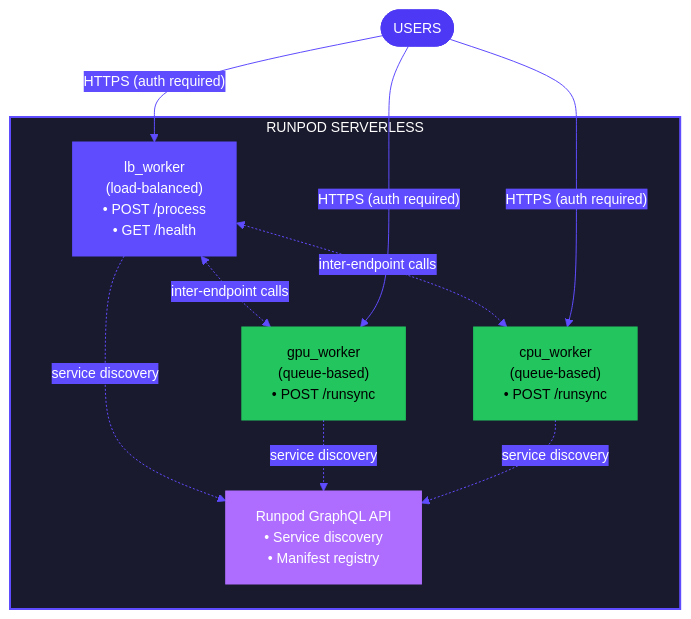
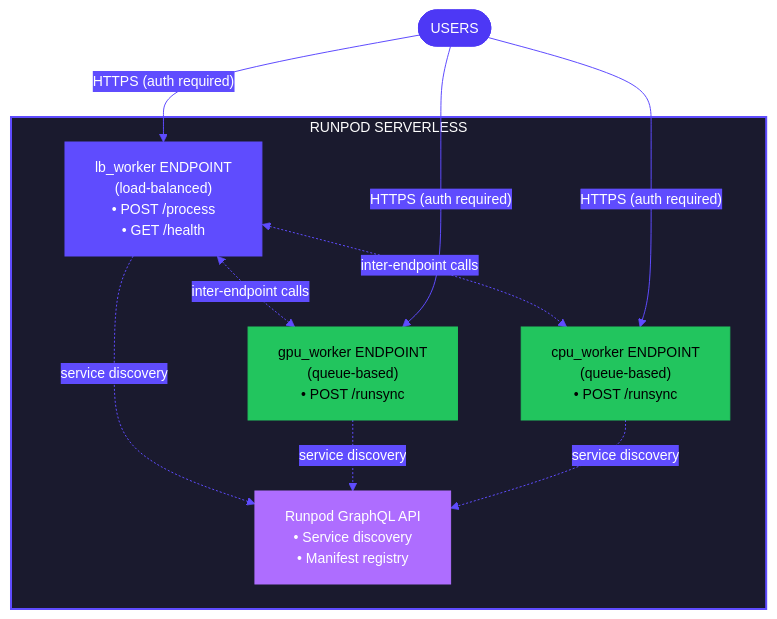
Before and after one commit to runpod/docs: the third of 3 diagrams in flash/apps/overview.mdx, drawn with Mermaid. The commit also changed other lines of this file and 40 other files, not shown here.

````diff
--- a/flash/apps/overview.mdx
+++ b/flash/apps/overview.mdx
@@ -157,31 +156,31 @@
 ```mermaid
 %%{init: {'theme':'base', 'themeVariables': { 'primaryColor':'#9289FE','primaryTextColor':'#fff','primaryBorderColor':'#9289FE','lineColor':'#5F4CFE','secondaryColor':'#AE6DFF','tertiaryColor':'#FCB1FF','edgeLabelBackground':'#5F4CFE', 'fontSize':'14px','fontFamily':'font-inter'}}}%%
 
 flowchart TB
     Users(["USERS"])
     StateManager["Runpod GraphQL API<br/>• Service discovery<br/>• Manifest registry"]
 
     subgraph Runpod ["RUNPOD SERVERLESS"]
-        LB["lb_worker<br/>(load-balanced)<br/>• POST /process<br/>• GET /health"]
-        GPU["gpu_worker<br/>(queue-based)<br/>• POST /runsync"]
-        CPU["cpu_worker<br/>(queue-based)<br/>• POST /runsync"]
+        LB["lb_worker ENDPOINT<br/>(load-balanced)<br/>• POST /process<br/>• GET /health"]
+        GPU["gpu_worker ENDPOINT<br/>(queue-based)<br/>• POST /runsync"]
+        CPU["cpu_worker ENDPOINT<br/>(queue-based)<br/>• POST /runsync"]
 
         LB <-.->|"inter-endpoint calls"| GPU
         LB <-.->|"inter-endpoint calls"| CPU
 
         LB -.->|"service discovery"| StateManager
         GPU -.->|"service discovery"| StateManager
         CPU -.->|"service discovery"| StateManager
     end
 
     Users -->|"HTTPS (auth required)"| LB
     Users -->|"HTTPS (auth required)"| GPU
     Users -->|"HTTPS (auth required)"| CPU
 
     style Runpod fill:#1a1a2e,stroke:#5F4CFE,stroke-width:2px,color:#fff
     style Users fill:#4D38F5,stroke:#4D38F5,color:#fff
     style LB fill:#5F4CFE,stroke:#5F4CFE,color:#fff
     style GPU fill:#22C55E,stroke:#22C55E,color:#000
     style CPU fill:#22C55E,stroke:#22C55E,color:#000
     style StateManager fill:#AE6DFF,stroke:#AE6DFF,color:#fff
 ```
````
